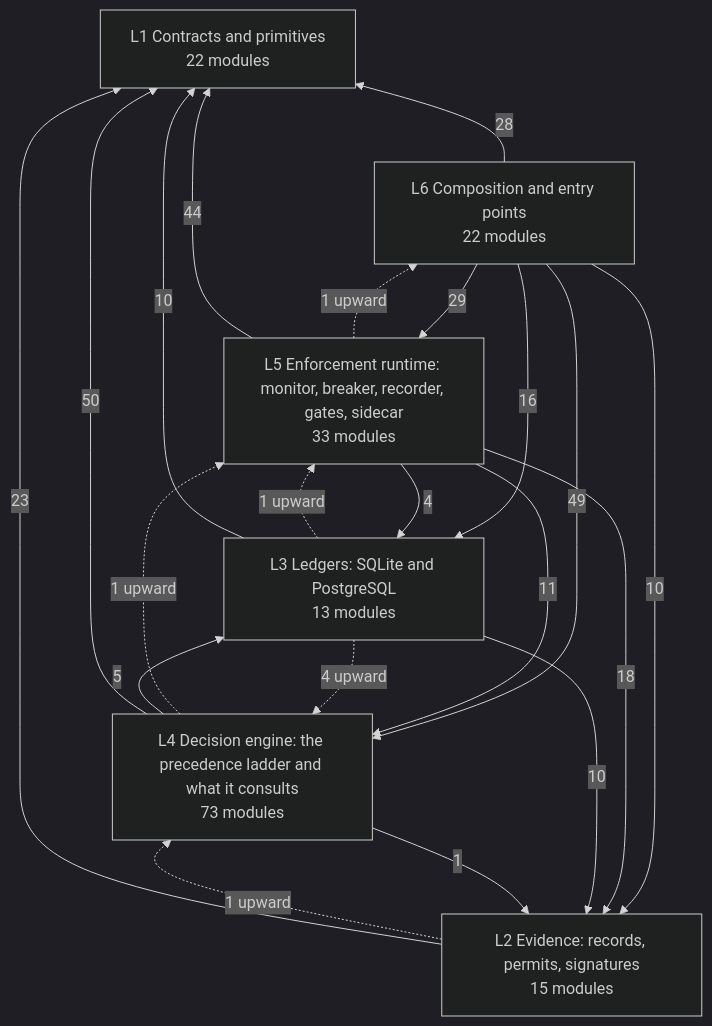
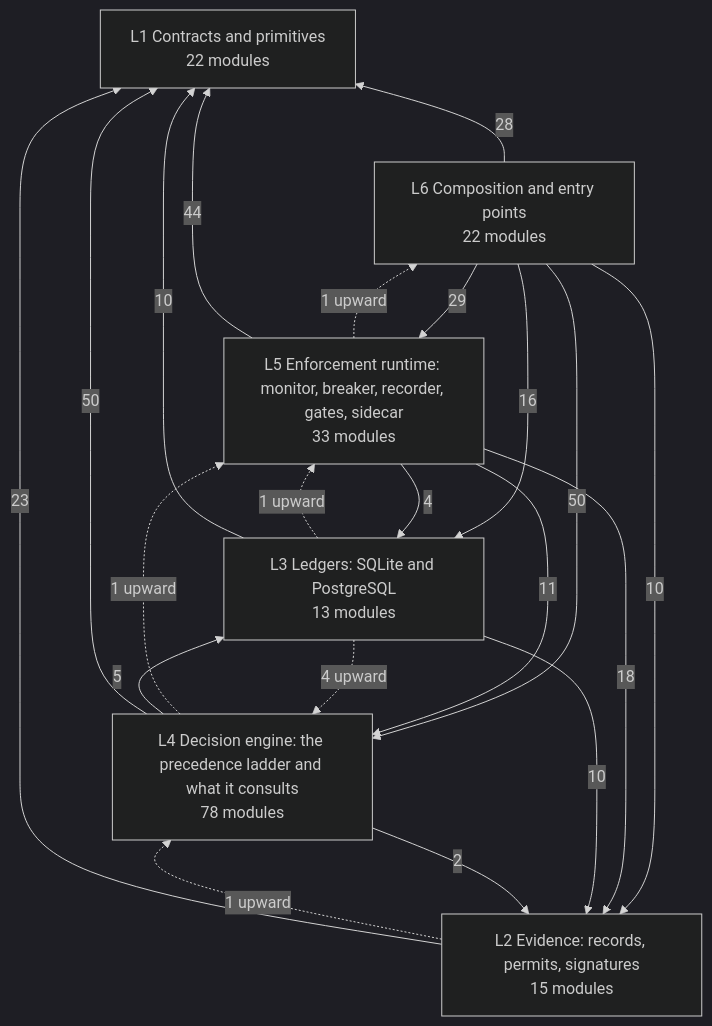
Before and after one commit to LOLA0786/privatevault-agent-dna: the diagram in docs/architecture/DEPENDENCIES.md, drawn with Mermaid (dark theme). The commit also changed other lines of this file and 27 other files, not shown here.

````diff
--- a/docs/architecture/DEPENDENCIES.md
+++ b/docs/architecture/DEPENDENCIES.md
@@ -12,29 +12,29 @@
 ```mermaid
 flowchart BT
   L1["L1 Contracts and primitives<br/>22 modules"]
   L2["L2 Evidence: records, permits, signatures<br/>15 modules"]
   L3["L3 Ledgers: SQLite and PostgreSQL<br/>13 modules"]
-  L4["L4 Decision engine: the precedence ladder and what it consults<br/>73 modules"]
+  L4["L4 Decision engine: the precedence ladder and what it consults<br/>78 modules"]
   L5["L5 Enforcement runtime: monitor, breaker, recorder, gates, sidecar<br/>33 modules"]
   L6["L6 Composition and entry points<br/>22 modules"]
   L2 -->|23| L1
   L3 -->|10| L1
   L3 -->|10| L2
   L4 -->|50| L1
-  L4 -->|1| L2
+  L4 -->|2| L2
   L4 -->|5| L3
   L5 -->|44| L1
   L5 -->|18| L2
   L5 -->|4| L3
   L5 -->|11| L4
   L6 -->|28| L1
   L6 -->|10| L2
   L6 -->|16| L3
-  L6 -->|49| L4
+  L6 -->|50| L4
   L6 -->|29| L5
   L2 -.->|1 upward| L4
   L3 -.->|4 upward| L4
   L3 -.->|1 upward| L5
   L4 -.->|1 upward| L5
   L5 -.->|1 upward| L6
 ```
````
